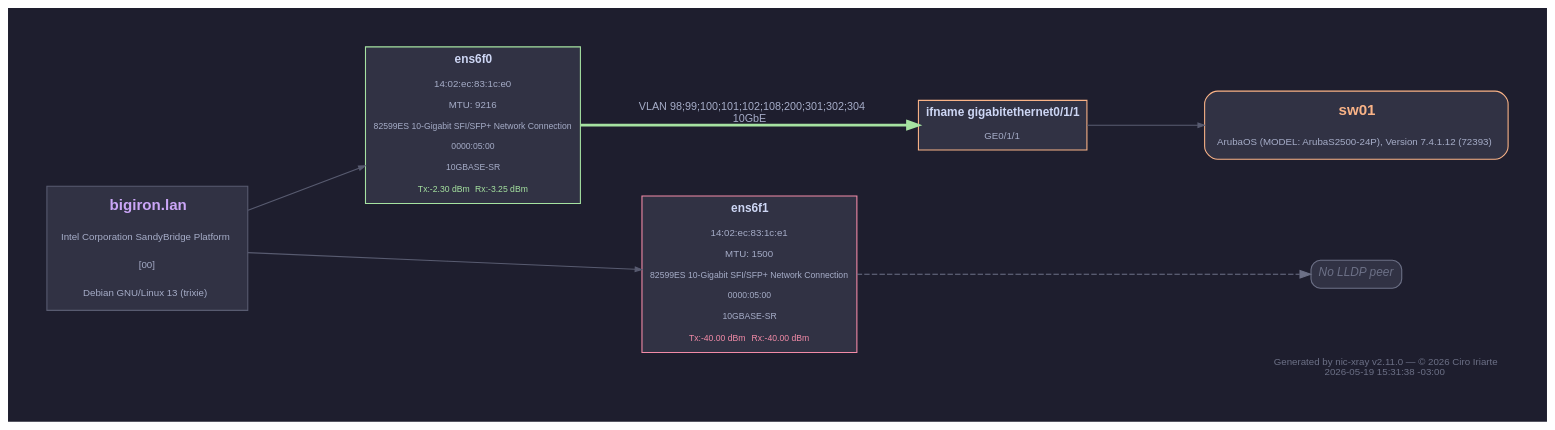
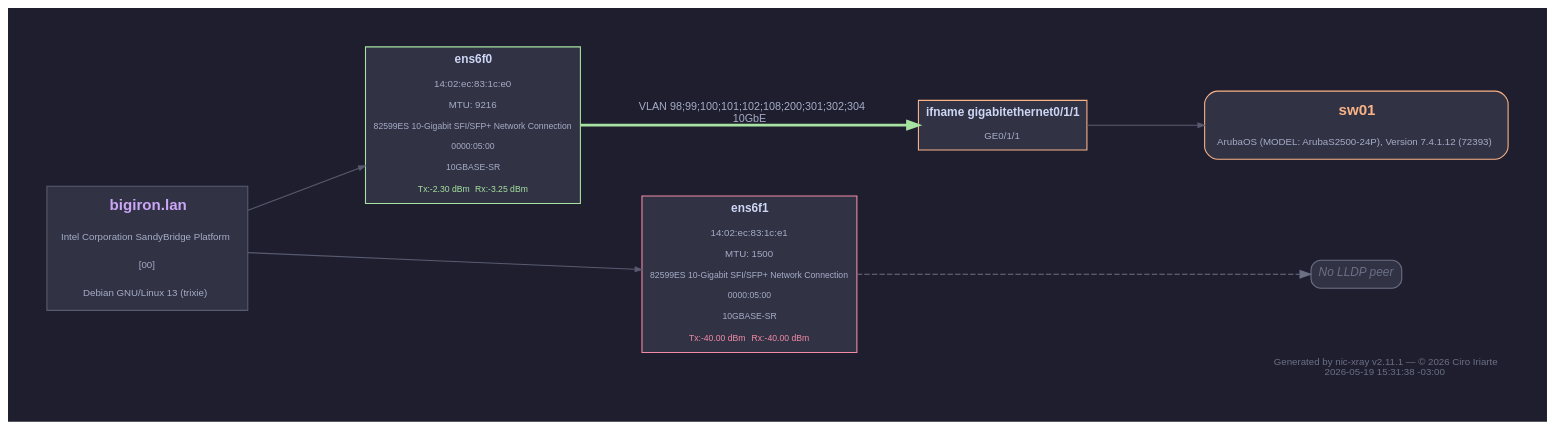
One commit to ciroiriarte/nic-xray changed the diagram in samples/topology.dot. Above: the diagram before and after it, drawn with Graphviz. The commit also changed 21 other files, not shown here.

```diff
--- a/samples/topology.dot
+++ b/samples/topology.dot
@@ -1,77 +1,77 @@
 digraph nic_xray {
     rankdir=LR;
     bgcolor="#1e1e2e";
     fontname="Helvetica,Arial,sans-serif";
     fontcolor="#cdd6f4";
     pad="0.5";
     nodesep="0.6";
     ranksep="1.5";
     node [fontname="Helvetica,Arial,sans-serif", fontcolor="#cdd6f4", fontsize=11];
     edge [fontname="Helvetica,Arial,sans-serif", fontcolor="#a6adc8", fontsize=10];
-    label=<<FONT POINT-SIZE="9" COLOR="#6c7086">Generated by nic-xray v2.11.0 &mdash; &copy; 2026 Ciro Iriarte<BR/>2026-05-19 15:31:38 -03:00</FONT>>;
+    label=<<FONT POINT-SIZE="9" COLOR="#6c7086">Generated by nic-xray v2.11.1 &mdash; &copy; 2026 Ciro Iriarte<BR/>2026-05-19 15:31:38 -03:00</FONT>>;
     labeljust=r;
     labelloc=b;
 
     server [shape=plain, label=<
         <TABLE BORDER="1" CELLBORDER="0" CELLSPACING="4" CELLPADDING="6" BGCOLOR="#313244" COLOR="#585b70">
         <TR><TD COLSPAN="2"><FONT POINT-SIZE="14" COLOR="#cba6f7"><B>bigiron.lan</B></FONT></TD></TR>
         <TR><TD COLSPAN="2"><FONT POINT-SIZE="9" COLOR="#a6adc8">Intel Corporation SandyBridge Platform</FONT></TD></TR>
         <TR><TD COLSPAN="2"><FONT POINT-SIZE="9" COLOR="#a6adc8">[00]</FONT></TD></TR>
         <TR><TD COLSPAN="2"><FONT POINT-SIZE="9" COLOR="#a6adc8">Debian GNU/Linux 13 (trixie)</FONT></TD></TR>
         </TABLE>
     >];
 
     ens6f0 [shape=plain, label=<
         <TABLE BORDER="1" CELLBORDER="0" CELLSPACING="2" CELLPADDING="4" BGCOLOR="#313244" COLOR="#a6e3a1">
         <TR><TD><FONT COLOR="#cdd6f4"><B>ens6f0</B></FONT></TD></TR>
         <TR><TD><FONT POINT-SIZE="9" COLOR="#a6adc8">14:02:ec:83:1c:e0</FONT></TD></TR>
         <TR><TD><FONT POINT-SIZE="9" COLOR="#a6adc8">MTU: 9216</FONT></TD></TR>
         <TR><TD><FONT POINT-SIZE="8" COLOR="#a6adc8">82599ES 10-Gigabit SFI/SFP+ Network Connection</FONT></TD></TR>
         <TR><TD><FONT POINT-SIZE="8" COLOR="#a6adc8">0000:05:00</FONT></TD></TR>
         <TR><TD><FONT POINT-SIZE="8" COLOR="#a6adc8">10GBASE-SR</FONT></TD></TR>
         <TR><TD><FONT POINT-SIZE="8" COLOR="#a6e3a1">Tx:-2.30 dBm</FONT> <FONT POINT-SIZE="8" COLOR="#a6e3a1">Rx:-3.25 dBm</FONT></TD></TR>
         </TABLE>
     >];
 
     ens6f1 [shape=plain, label=<
         <TABLE BORDER="1" CELLBORDER="0" CELLSPACING="2" CELLPADDING="4" BGCOLOR="#313244" COLOR="#f38ba8">
         <TR><TD><FONT COLOR="#cdd6f4"><B>ens6f1</B></FONT></TD></TR>
         <TR><TD><FONT POINT-SIZE="9" COLOR="#a6adc8">14:02:ec:83:1c:e1</FONT></TD></TR>
         <TR><TD><FONT POINT-SIZE="9" COLOR="#a6adc8">MTU: 1500</FONT></TD></TR>
         <TR><TD><FONT POINT-SIZE="8" COLOR="#a6adc8">82599ES 10-Gigabit SFI/SFP+ Network Connection</FONT></TD></TR>
         <TR><TD><FONT POINT-SIZE="8" COLOR="#a6adc8">0000:05:00</FONT></TD></TR>
         <TR><TD><FONT POINT-SIZE="8" COLOR="#a6adc8">10GBASE-SR</FONT></TD></TR>
         <TR><TD><FONT POINT-SIZE="8" COLOR="#f38ba8">Tx:-40.00 dBm</FONT> <FONT POINT-SIZE="8" COLOR="#f38ba8">Rx:-40.00 dBm</FONT></TD></TR>
         </TABLE>
     >];
 
     swport_sw01_ifname_gigabitethernet0_1_1 [shape=plain, label=<
         <TABLE BORDER="1" CELLBORDER="0" CELLSPACING="2" CELLPADDING="4" BGCOLOR="#313244" COLOR="#fab387">
         <TR><TD><FONT COLOR="#cdd6f4"><B>ifname gigabitethernet0/1/1</B></FONT></TD></TR>
         <TR><TD><FONT POINT-SIZE="9" COLOR="#a6adc8">GE0/1/1</FONT></TD></TR>
         </TABLE>
     >];
 
     sw_sw01 [shape=plain, label=<
         <TABLE BORDER="1" CELLBORDER="0" CELLSPACING="4" CELLPADDING="6" BGCOLOR="#313244" COLOR="#fab387" STYLE="ROUNDED">
         <TR><TD><FONT POINT-SIZE="14" COLOR="#fab387"><B>sw01</B></FONT></TD></TR>
         <TR><TD><FONT POINT-SIZE="9" COLOR="#a6adc8">ArubaOS (MODEL: ArubaS2500-24P), Version 7.4.1.12 (72393)</FONT></TD></TR>
         </TABLE>
     >];
 
     no_lldp_peer [shape=plain, label=<
         <TABLE BORDER="1" CELLBORDER="0" CELLSPACING="2" CELLPADDING="4" BGCOLOR="#313244" COLOR="#6c7086" STYLE="ROUNDED">
         <TR><TD><FONT COLOR="#6c7086"><I>No LLDP peer</I></FONT></TD></TR>
         </TABLE>
     >];
 
     server -> ens6f0 [color="#585b70", penwidth=1.0, arrowsize=0.6];
     server -> ens6f1 [color="#585b70", penwidth=1.0, arrowsize=0.6];
 
     ens6f0 -> swport_sw01_ifname_gigabitethernet0_1_1 [label=<VLAN 98;99;100;101;102;108;200;301;302;304<BR/>10GbE>, penwidth=2.5, color="#a6e3a1", fontcolor="#a6adc8"];
     ens6f1 -> no_lldp_peer [style=dashed, color="#6c7086", fontcolor="#6c7086", penwidth=1.0];
     swport_sw01_ifname_gigabitethernet0_1_1 -> sw_sw01 [color="#585b70", penwidth=1.0, arrowsize=0.6];
 
     { rank=min; server; }
     { rank=max; sw_sw01; no_lldp_peer; }
 }
```
